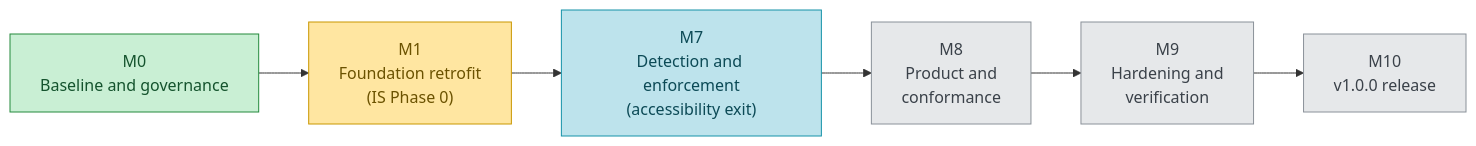
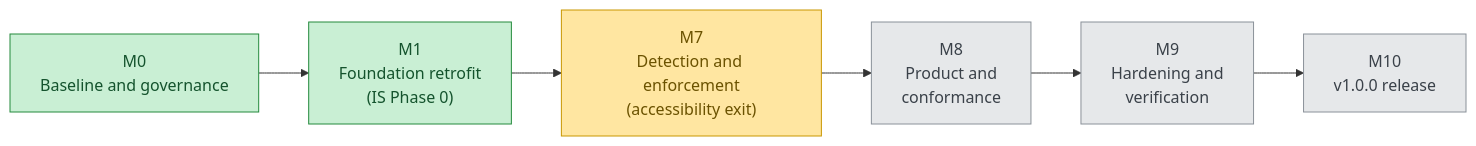
One commit to PyrosCat/App_lock changed the first of 3 diagrams in README.md. Above: the diagram before and after it, drawn with Mermaid. The commit also changed other lines of this file and 3 other files, not shown here.

Commit message:
Docs: reflect M1 closed / M7 current (ROADMAP, README, roadmap.html)

````diff
--- a/README.md
+++ b/README.md
@@ -47,16 +48,16 @@
 ```mermaid
 flowchart LR
     classDef done fill:#c9efd4,stroke:#248a3d,color:#14532d
     classDef current fill:#ffe6a1,stroke:#c99700,color:#6b5200
     classDef next fill:#bde3ec,stroke:#1592a8,color:#0c4a56
     classDef todo fill:#e6e8ea,stroke:#8a9199,color:#3a4149
 
     M0["M0<br/>Baseline and governance"]:::done
-    M1["M1<br/>Foundation retrofit<br/>(IS Phase 0)"]:::current
-    M7["M7<br/>Detection and enforcement<br/>(accessibility exit)"]:::next
+    M1["M1<br/>Foundation retrofit<br/>(IS Phase 0)"]:::done
+    M7["M7<br/>Detection and enforcement<br/>(accessibility exit)"]:::current
     M8["M8<br/>Product and<br/>conformance"]:::todo
     M9["M9<br/>Hardening and<br/>verification"]:::todo
     M10["M10<br/>v1.0.0 release"]:::todo
 
     M0 --> M1 --> M7 --> M8 --> M9 --> M10
 ```
````
